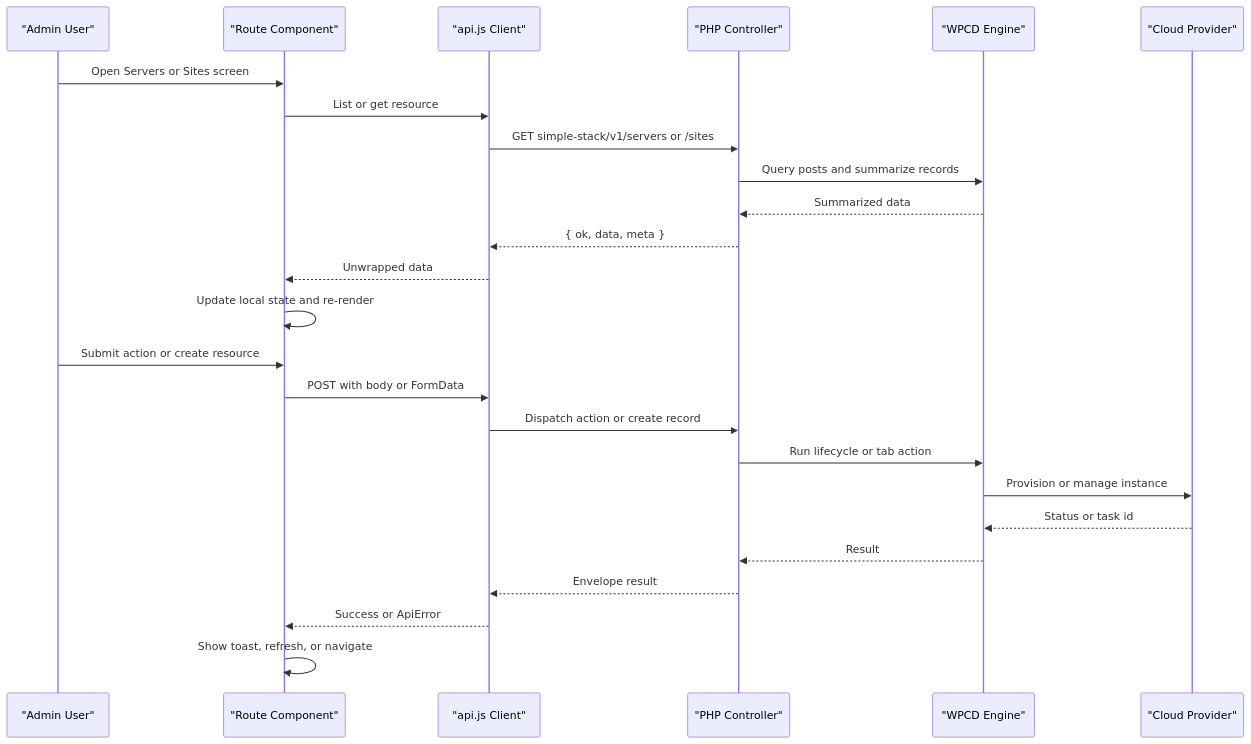
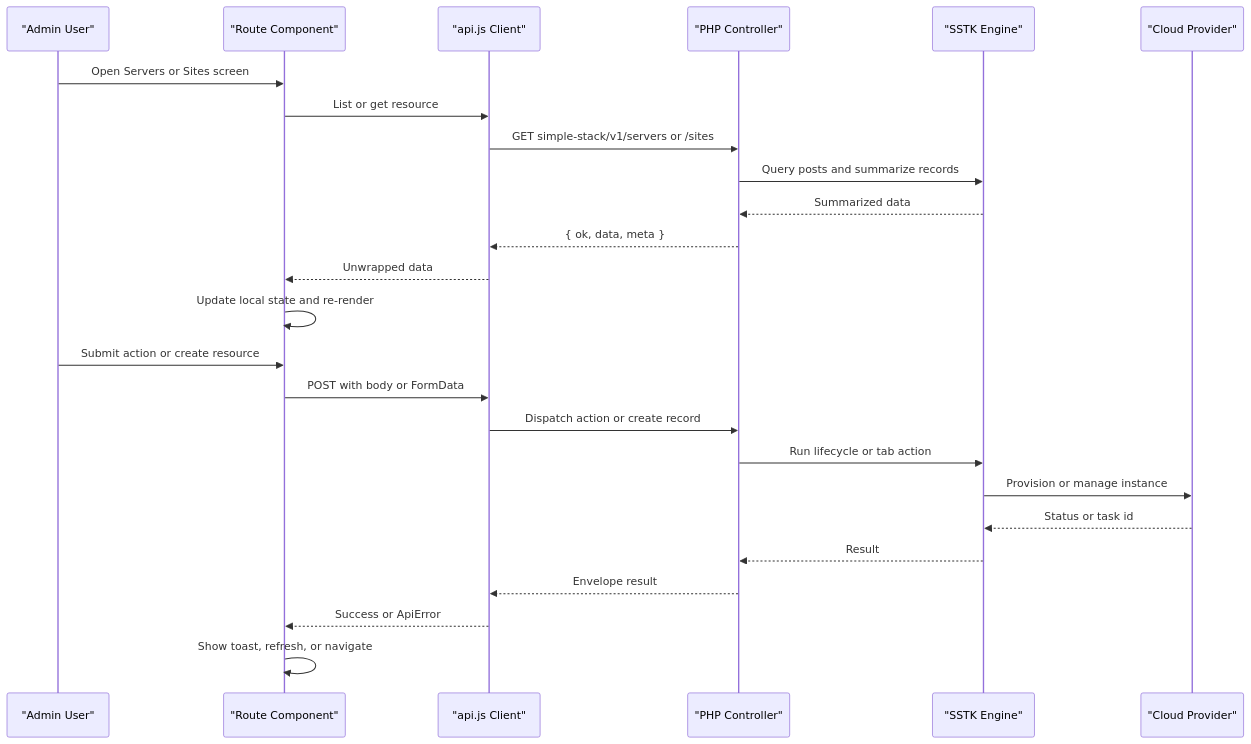
Before and after one commit to onedogsolutions/simple-stack: the second of 9 diagrams in .qoder/repowiki/en/content/React Admin Interface/State Management.md, drawn with Mermaid. The commit also changed other lines of this file and 5941 other files, not shown here.

````diff
--- a/.qoder/repowiki/en/content/React Admin Interface/State Management.md
+++ b/.qoder/repowiki/en/content/React Admin Interface/State Management.md
@@ -106,27 +106,27 @@
 ```mermaid
 sequenceDiagram
 participant User as "Admin User"
 participant Route as "Route Component"
 participant Api as "api.js Client"
 participant Controller as "PHP Controller"
-participant Engine as "WPCD Engine"
+participant Engine as "SSTK Engine"
 participant Provider as "Cloud Provider"
 User->>Route : Open Servers or Sites screen
 Route->>Api : List or get resource
 Api->>Controller : GET simple-stack/v1/servers or /sites
 Controller->>Engine : Query posts and summarize records
 Engine-->>Controller : Summarized data
 Controller-->>Api : { ok, data, meta }
 Api-->>Route : Unwrapped data
 Route->>Route : Update local state and re-render
 User->>Route : Submit action or create resource
 Route->>Api : POST with body or FormData
 Api->>Controller : Dispatch action or create record
 Controller->>Engine : Run lifecycle or tab action
 Engine->>Provider : Provision or manage instance
 Provider-->>Engine : Status or task id
 Engine-->>Controller : Result
 Controller-->>Api : Envelope result
 Api-->>Route : Success or ApiError
 Route->>Route : Show toast, refresh, or navigate
 ```
````
